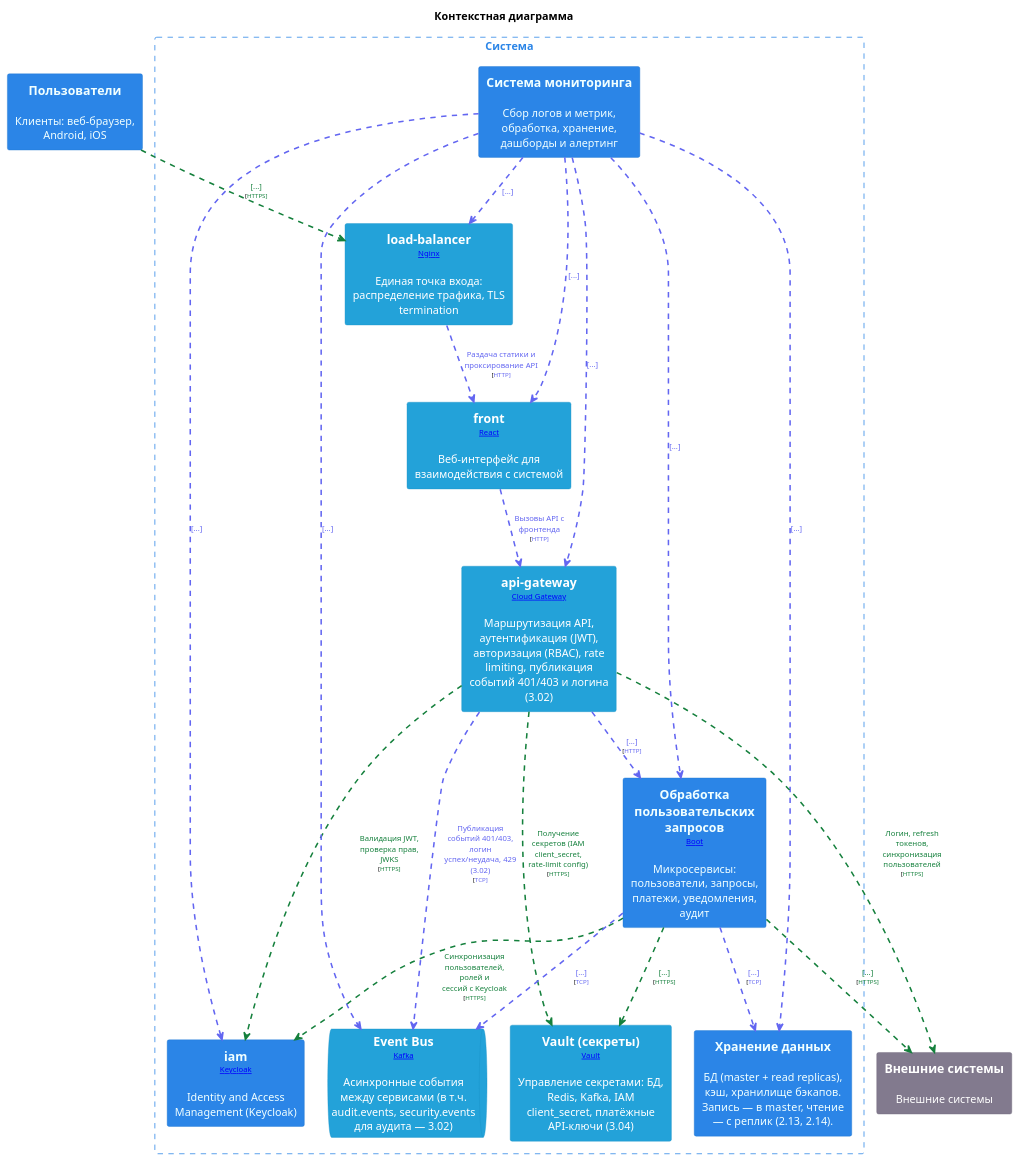
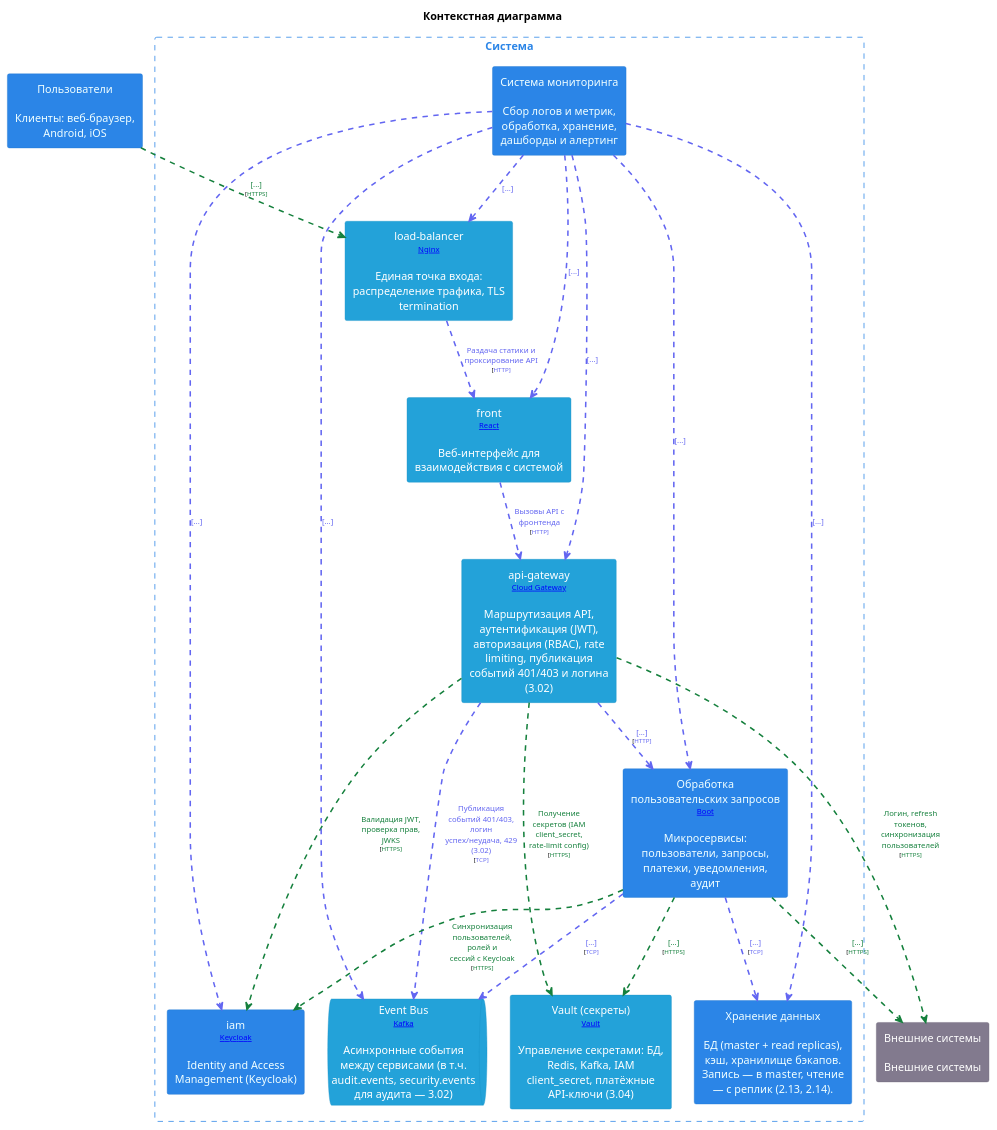
Before and after one commit to shelepovg/system-design-homework: the diagram in doc/схемы/context.puml, drawn with PlantUML. The commit also changed 18 other files, not shown here.

Commit message:
перегенерировал схемы и добавил в документы

```diff
--- a/doc/схемы/context.puml
+++ b/doc/схемы/context.puml
@@ -1,109 +1,109 @@
 @startuml
 title "Контекстная диаграмма"
 top to bottom direction
 
 hide stereotype
 skinparam ranksep 60
 skinparam nodesep 30
 skinparam {
   arrowFontSize 10
   defaultTextAlignment center
   wrapWidth 200
   maxMessageSize 100
   shadowing false
 }
 
 skinparam rectangle<<Users>>{
   BackgroundColor #2b85e7
   FontColor #f1ffff
   BorderColor #1e73ce
 }
 skinparam rectangle<<SystemMonitoring>>{
   BackgroundColor #2b85e7
   FontColor #f1ffff
   BorderColor #1e73ce
 }
 skinparam rectangle<<SystemLoadBalancer>>{
   BackgroundColor #23a2d9
   FontColor #ffffff
   BorderColor #1892c5
 }
 skinparam rectangle<<SystemFront>>{
   BackgroundColor #23a2d9
   FontColor #ffffff
   BorderColor #1892c5
 }
 skinparam rectangle<<SystemApiGateway>>{
   BackgroundColor #23a2d9
   FontColor #ffffff
   BorderColor #1892c5
 }
 skinparam rectangle<<SystemBackend>>{
   BackgroundColor #2b85e7
   FontColor #f1ffff
   BorderColor #1e73ce
 }
 skinparam rectangle<<SystemIam>>{
   BackgroundColor #2b85e7
   FontColor #f1ffff
   BorderColor #1e73ce
 }
 skinparam rectangle<<SystemStorage>>{
   BackgroundColor #2b85e7
   FontColor #f1ffff
   BorderColor #1e73ce
 }
 skinparam queue<<SystemEventBus>>{
   BackgroundColor #23a2d9
   FontColor #ffffff
   BorderColor #1892c5
 }
 skinparam rectangle<<SystemSecretsVault>>{
   BackgroundColor #23a2d9
   FontColor #ffffff
   BorderColor #1892c5
 }
 skinparam rectangle<<System_ext>>{
   BackgroundColor #827a8e
   FontColor #ffffff
   BorderColor #6c6477
 }
-rectangle "==Пользователи\n\nКлиенты: веб-браузер, Android, iOS" <<Users>> as Users
+rectangle "Пользователи\n\nКлиенты: веб-браузер, Android, iOS" <<Users>> as Users
 rectangle "Система" <<System>> as System {
   skinparam RectangleBorderColor<<System>> #2b85e7
   skinparam RectangleFontColor<<System>> #2b85e7
   skinparam RectangleBorderStyle<<System>> dashed
 
-  rectangle "==Система мониторинга\n\nСбор логов и метрик, обработка, хранение, дашборды и алертинг" <<SystemMonitoring>> as SystemMonitoring
-  rectangle "==load-balancer\n<size:10>[[Nginx]]</size>\n\nЕдиная точка входа: распределение трафика, TLS termination" <<SystemLoadBalancer>> as SystemLoadBalancer
-  rectangle "==front\n<size:10>[[React]]</size>\n\nВеб-интерфейс для взаимодействия с системой" <<SystemFront>> as SystemFront
-  rectangle "==api-gateway\n<size:10>[[Spring Cloud Gateway]]</size>\n\nМаршрутизация API, аутентификация (JWT), авторизация (RBAC), rate limiting, публикация событий 401/403 и логина (3.02)" <<SystemApiGateway>> as SystemApiGateway
-  rectangle "==Обработка пользовательских запросов\n<size:10>[[Spring Boot]]</size>\n\nМикросервисы: пользователи, запросы, платежи, уведомления, аудит" <<SystemBackend>> as SystemBackend
-  rectangle "==iam\n<size:10>[[Keycloak]]</size>\n\nIdentity and Access Management (Keycloak)" <<SystemIam>> as SystemIam
-  rectangle "==Хранение данных\n\nБД (master + read replicas), кэш, хранилище бэкапов. Запись — в master, чтение — с реплик (2.13, 2.14)." <<SystemStorage>> as SystemStorage
-  queue "==Event Bus\n<size:10>[[Apache Kafka]]</size>\n\nАсинхронные события между сервисами (в т.ч. audit.events, security.events для аудита — 3.02)" <<SystemEventBus>> as SystemEventBus
-  rectangle "==Vault (секреты)\n<size:10>[[HashiCorp Vault]]</size>\n\nУправление секретами: БД, Redis, Kafka, IAM client_secret, платёжные API-ключи (3.04)" <<SystemSecretsVault>> as SystemSecretsVault
+  rectangle "Система мониторинга\n\nСбор логов и метрик, обработка, хранение, дашборды и алертинг" <<SystemMonitoring>> as SystemMonitoring
+  rectangle "load-balancer\n<size:10>[[Nginx]]</size>\n\nЕдиная точка входа: распределение трафика, TLS termination" <<SystemLoadBalancer>> as SystemLoadBalancer
+  rectangle "front\n<size:10>[[React]]</size>\n\nВеб-интерфейс для взаимодействия с системой" <<SystemFront>> as SystemFront
+  rectangle "api-gateway\n<size:10>[[Spring Cloud Gateway]]</size>\n\nМаршрутизация API, аутентификация (JWT), авторизация (RBAC), rate limiting, публикация событий 401/403 и логина (3.02)" <<SystemApiGateway>> as SystemApiGateway
+  rectangle "Обработка пользовательских запросов\n<size:10>[[Spring Boot]]</size>\n\nМикросервисы: пользователи, запросы, платежи, уведомления, аудит" <<SystemBackend>> as SystemBackend
+  rectangle "iam\n<size:10>[[Keycloak]]</size>\n\nIdentity and Access Management (Keycloak)" <<SystemIam>> as SystemIam
+  rectangle "Хранение данных\n\nБД (master + read replicas), кэш, хранилище бэкапов. Запись — в master, чтение — с реплик (2.13, 2.14)." <<SystemStorage>> as SystemStorage
+  queue "Event Bus\n<size:10>[[Apache Kafka]]</size>\n\nАсинхронные события между сервисами (в т.ч. audit.events, security.events для аудита — 3.02)" <<SystemEventBus>> as SystemEventBus
+  rectangle "Vault (секреты)\n<size:10>[[HashiCorp Vault]]</size>\n\nУправление секретами: БД, Redis, Kafka, IAM client_secret, платёжные API-ключи (3.04)" <<SystemSecretsVault>> as SystemSecretsVault
 }
-rectangle "==Внешние системы\n\nВнешние системы" <<System_ext>> as System_ext
+rectangle "Внешние системы\n\nВнешние системы" <<System_ext>> as System_ext
 
 Users .[#15803d,thickness=2].> SystemLoadBalancer : <color:#15803d>[...]\n<size:8>[<color:#15803d>HTTPS]</size>
 SystemLoadBalancer .[#6366f1,thickness=2].> SystemFront : <color:#6366f1>Раздача статики и проксирование API\n<size:8>[<color:#6366f1>HTTP]</size>
 SystemMonitoring .[#6366f1,thickness=2].> SystemLoadBalancer : <color:#6366f1>[...]
 SystemFront .[#6366f1,thickness=2].> SystemApiGateway : <color:#6366f1>Вызовы API с фронтенда\n<size:8>[<color:#6366f1>HTTP]</size>
 SystemMonitoring .[#6366f1,thickness=2].> SystemFront : <color:#6366f1>[...]
 SystemApiGateway .[#15803d,thickness=2].> SystemIam : <color:#15803d>Валидация JWT, проверка прав, JWKS\n<size:8>[<color:#15803d>HTTPS]</size>
 SystemApiGateway .[#6366f1,thickness=2].> SystemBackend : <color:#6366f1>[...]\n<size:8>[<color:#6366f1>HTTP]</size>
 SystemApiGateway .[#6366f1,thickness=2].> SystemEventBus : <color:#6366f1>Публикация событий 401/403, логин \n<color:#6366f1>успех/неудача, 429 (3.02)\n<size:8>[<color:#6366f1>TCP]</size>
 SystemApiGateway .[#15803d,thickness=2].> SystemSecretsVault : <color:#15803d>Получение секретов (IAM client_secret, \n<color:#15803d>rate-limit config)\n<size:8>[<color:#15803d>HTTPS]</size>
 SystemMonitoring .[#6366f1,thickness=2].> SystemApiGateway : <color:#6366f1>[...]
 SystemBackend .[#15803d,thickness=2].> SystemIam : <color:#15803d>Синхронизация пользователей, ролей и \n<color:#15803d>сессий с Keycloak\n<size:8>[<color:#15803d>HTTPS]</size>
 SystemMonitoring .[#6366f1,thickness=2].> SystemIam : <color:#6366f1>[...]
 SystemBackend .[#6366f1,thickness=2].> SystemStorage : <color:#6366f1>[...]\n<size:8>[<color:#6366f1>TCP]</size>
 SystemBackend .[#6366f1,thickness=2].> SystemEventBus : <color:#6366f1>[...]\n<size:8>[<color:#6366f1>TCP]</size>
 SystemBackend .[#15803d,thickness=2].> SystemSecretsVault : <color:#15803d>[...]\n<size:8>[<color:#15803d>HTTPS]</size>
 SystemMonitoring .[#6366f1,thickness=2].> SystemBackend : <color:#6366f1>[...]
 SystemMonitoring .[#6366f1,thickness=2].> SystemStorage : <color:#6366f1>[...]
 SystemMonitoring .[#6366f1,thickness=2].> SystemEventBus : <color:#6366f1>[...]
 SystemApiGateway .[#15803d,thickness=2].> System_ext : <color:#15803d>Логин, refresh токенов, синхронизация \n<color:#15803d>пользователей\n<size:8>[<color:#15803d>HTTPS]</size>
 SystemBackend .[#15803d,thickness=2].> System_ext : <color:#15803d>[...]\n<size:8>[<color:#15803d>HTTPS]</size>
 @enduml
```
